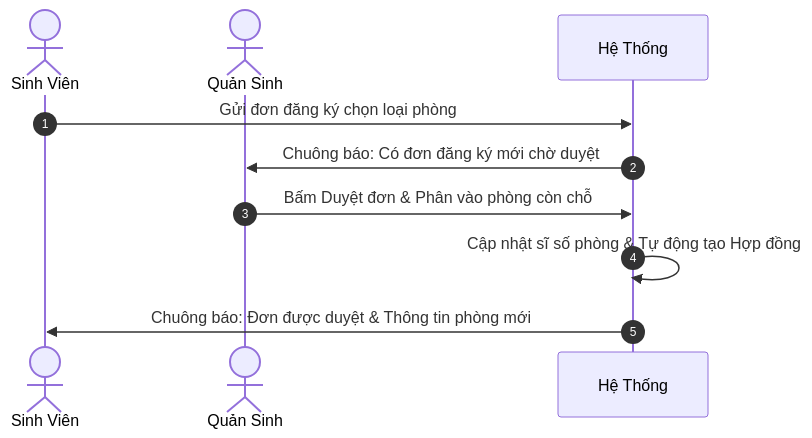
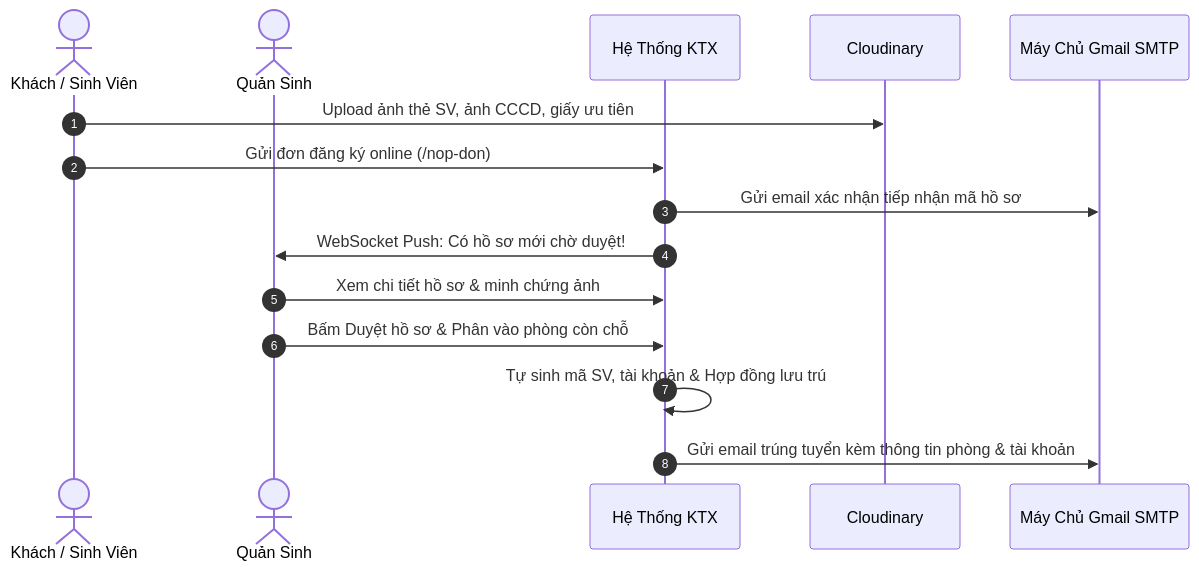
One commit to duyquang2204/dormitory-management changed the first of 3 diagrams in README.md. Above: the diagram before and after it, drawn with Mermaid. The commit also changed other lines of this file and 103 other files, not shown here.

First line of the commit message:
feat: Hoàn thiện hệ thống KTX số - Bổ sung Nộp đơn Online, OTP Email, Live Chat và Xuất PDF

````diff
--- a/README.md
+++ b/README.md
@@ -144,13 +229,18 @@
 ```mermaid
 sequenceDiagram
     autonumber
-    actor SV as Sinh Viên
+    actor G as Khách / Sinh Viên
     actor QS as Quản Sinh
-    participant SYS as Hệ Thống
+    participant SYS as Hệ Thống KTX
+    participant CLD as Cloudinary
+    participant MAIL as Máy Chủ Gmail SMTP
     
-    SV->>SYS: Gửi đơn đăng ký chọn loại phòng
-    SYS->>QS: Chuông báo: Có đơn đăng ký mới chờ duyệt
-    QS->>SYS: Bấm Duyệt đơn & Phân vào phòng còn chỗ
-    SYS->>SYS: Cập nhật sĩ số phòng & Tự động tạo Hợp đồng
-    SYS->>SV: Chuông báo: Đơn được duyệt & Thông tin phòng mới
+    G->>CLD: Upload ảnh thẻ SV, ảnh CCCD, giấy ưu tiên
+    G->>SYS: Gửi đơn đăng ký online (/nop-don)
+    SYS->>MAIL: Gửi email xác nhận tiếp nhận mã hồ sơ
+    SYS->>QS: WebSocket Push: Có hồ sơ mới chờ duyệt!
+    QS->>SYS: Xem chi tiết hồ sơ & minh chứng ảnh
+    QS->>SYS: Bấm Duyệt hồ sơ & Phân vào phòng còn chỗ
+    SYS->>SYS: Tự sinh mã SV, tài khoản & Hợp đồng lưu trú
+    SYS->>MAIL: Gửi email trúng tuyển kèm thông tin phòng & tài khoản
 ```
````
